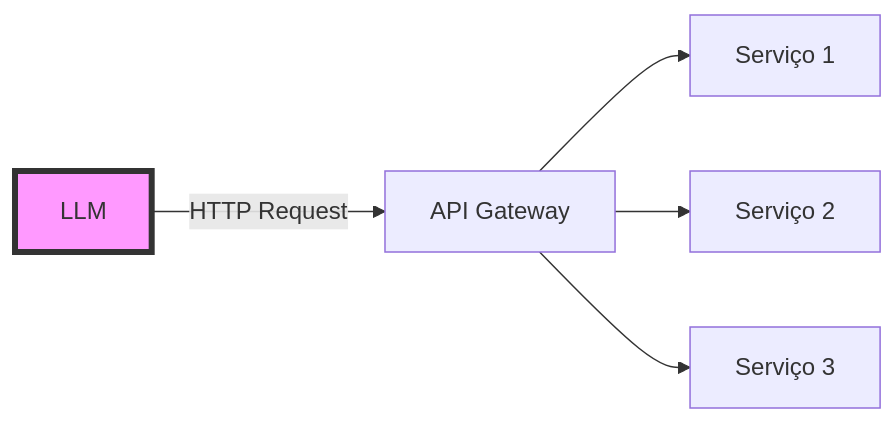
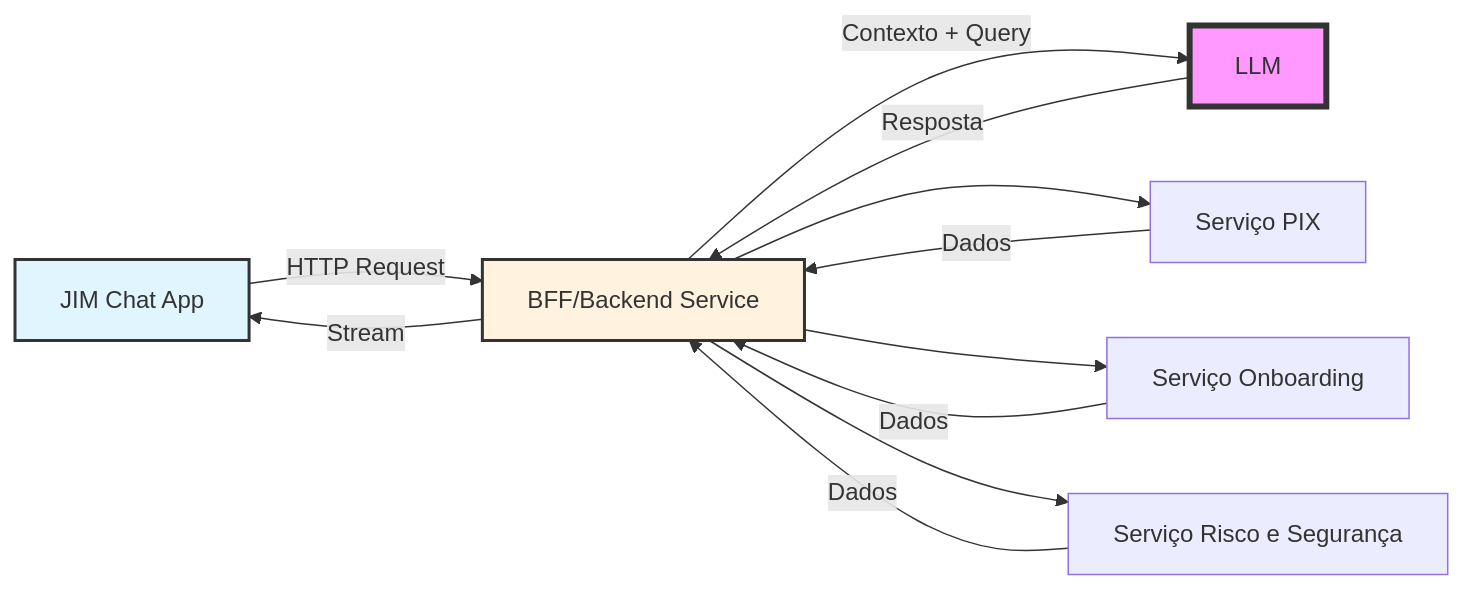
The first of 2 diagrams in slides/palestra/slides.md (zoedsoupe/scti-2025), drawn with Mermaid before and after one commit. The commit also changed other lines of this file and 2 other files, not shown here.

````diff
--- a/slides/palestra/slides.md
+++ b/slides/palestra/slides.md
@@ -152,9 +235,17 @@
-```mermaid {scale: 0.7}
+```mermaid {scale: 0.6}
 graph LR
-    A[LLM] -->|HTTP Request| B[API Gateway]
-    B --> C[Serviço 1]
-    B --> D[Serviço 2]
-    B --> E[Serviço 3]
+    A[JIM Chat App] -->|HTTP Request| B[BFF/Backend Service]
+    B -->|Contexto + Query| F[LLM]
+    F -->|Resposta| B
+    B -->|Stream| A
+    B --> C[Serviço PIX]
+    C -->|Dados| B
+    B --> D[Serviço Onboarding] 
+    D -->|Dados| B
+    B --> E[Serviço Risco e Segurança]
+    E -->|Dados| B
     
-    style A fill:#f9f,stroke:#333,stroke-width:4px
+    style A fill:#e1f5fe,stroke:#333,stroke-width:2px
+    style B fill:#fff3e0,stroke:#333,stroke-width:2px
+    style F fill:#f9f,stroke:#333,stroke-width:4px
 ```
````
